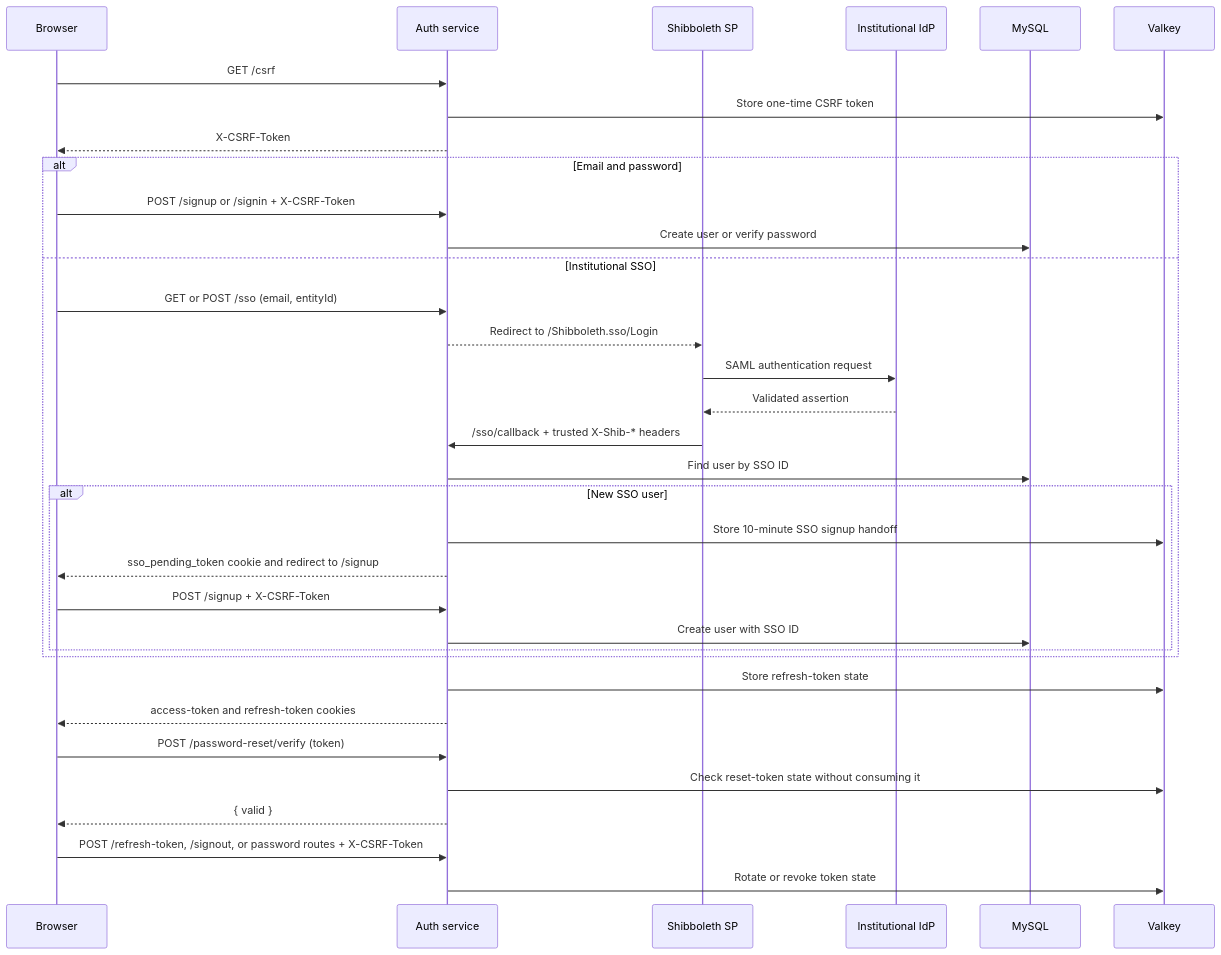
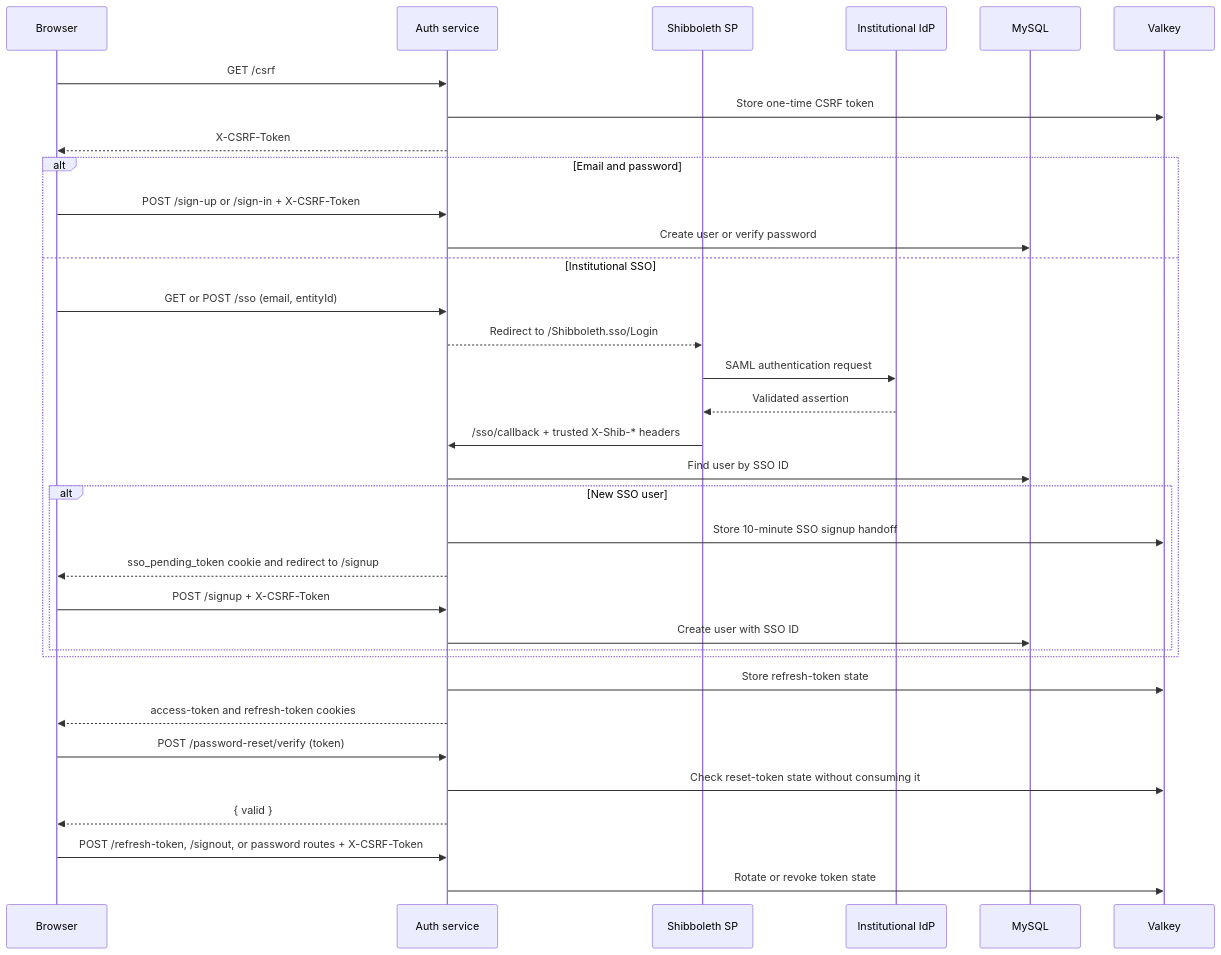
Before and after one commit to CDLUC3/dmptool-auth: the third of 3 diagrams in README.md, drawn with Mermaid. The commit also changed other lines of this file and 7 other files, not shown here.

````diff
--- a/README.md
+++ b/README.md
@@ -117,37 +117,37 @@
 ```mermaid
 sequenceDiagram
     participant Browser
     participant Auth as Auth service
     participant SP as Shibboleth SP
     participant IdP as Institutional IdP
     participant MySQL
     participant Valkey
 
     Browser->>Auth: GET /csrf
     Auth->>Valkey: Store one-time CSRF token
     Auth-->>Browser: X-CSRF-Token
     alt Email and password
-        Browser->>Auth: POST /signup or /signin + X-CSRF-Token
+        Browser->>Auth: POST /sign-up or /sign-in + X-CSRF-Token
         Auth->>MySQL: Create user or verify password
     else Institutional SSO
         Browser->>Auth: GET or POST /sso (email, entityId)
         Auth-->>SP: Redirect to /Shibboleth.sso/Login
         SP->>IdP: SAML authentication request
         IdP-->>SP: Validated assertion
         SP->>Auth: /sso/callback + trusted X-Shib-* headers
         Auth->>MySQL: Find user by SSO ID
         alt New SSO user
             Auth->>Valkey: Store 10-minute SSO signup handoff
             Auth-->>Browser: sso_pending_token cookie and redirect to /signup
             Browser->>Auth: POST /signup + X-CSRF-Token
             Auth->>MySQL: Create user with SSO ID
         end
     end
     Auth->>Valkey: Store refresh-token state
     Auth-->>Browser: access-token and refresh-token cookies
     Browser->>Auth: POST /password-reset/verify (token)
     Auth->>Valkey: Check reset-token state without consuming it
     Auth-->>Browser: { valid }
     Browser->>Auth: POST /refresh-token, /signout, or password routes + X-CSRF-Token
     Auth->>Valkey: Rotate or revoke token state
 ```
````
